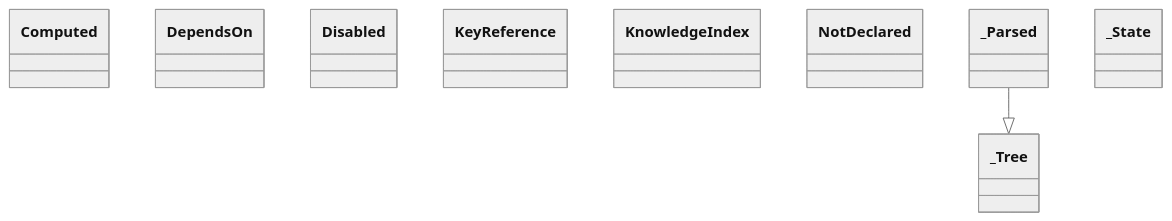
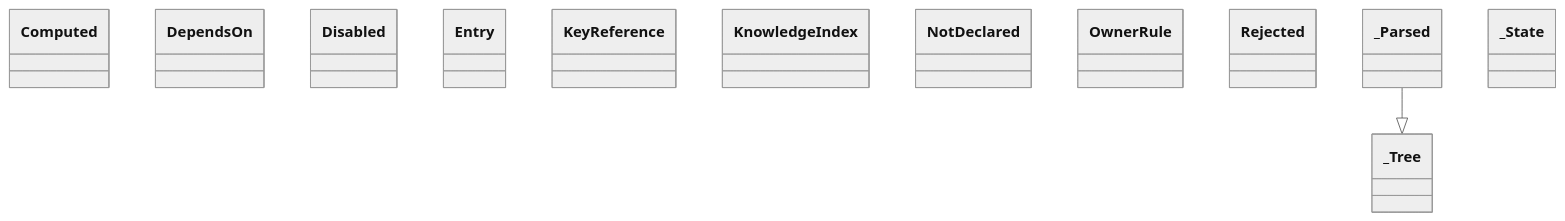
One commit to GonzaloZevallos/agentic-system changed the diagram in docs/architecture/generated/classes-knowledge-domain.mmd. Above: the diagram before and after it, drawn with Mermaid (neutral theme). The commit also changed 2 other files, not shown here.

Commit message:
Regenerate the class and package diagrams for the owner-rules domain

```diff
--- a/docs/architecture/generated/classes-knowledge-domain.mmd
+++ b/docs/architecture/generated/classes-knowledge-domain.mmd
@@ -1,20 +1,26 @@
 classDiagram
   class Computed {
   }
   class DependsOn {
   }
   class Disabled {
   }
+  class Entry {
+  }
   class KeyReference {
   }
   class KnowledgeIndex {
   }
   class NotDeclared {
+  }
+  class OwnerRule {
+  }
+  class Rejected {
   }
   class _Parsed {
   }
   class _State {
   }
   class _Tree {
   }
   _Parsed --|> _Tree
```
